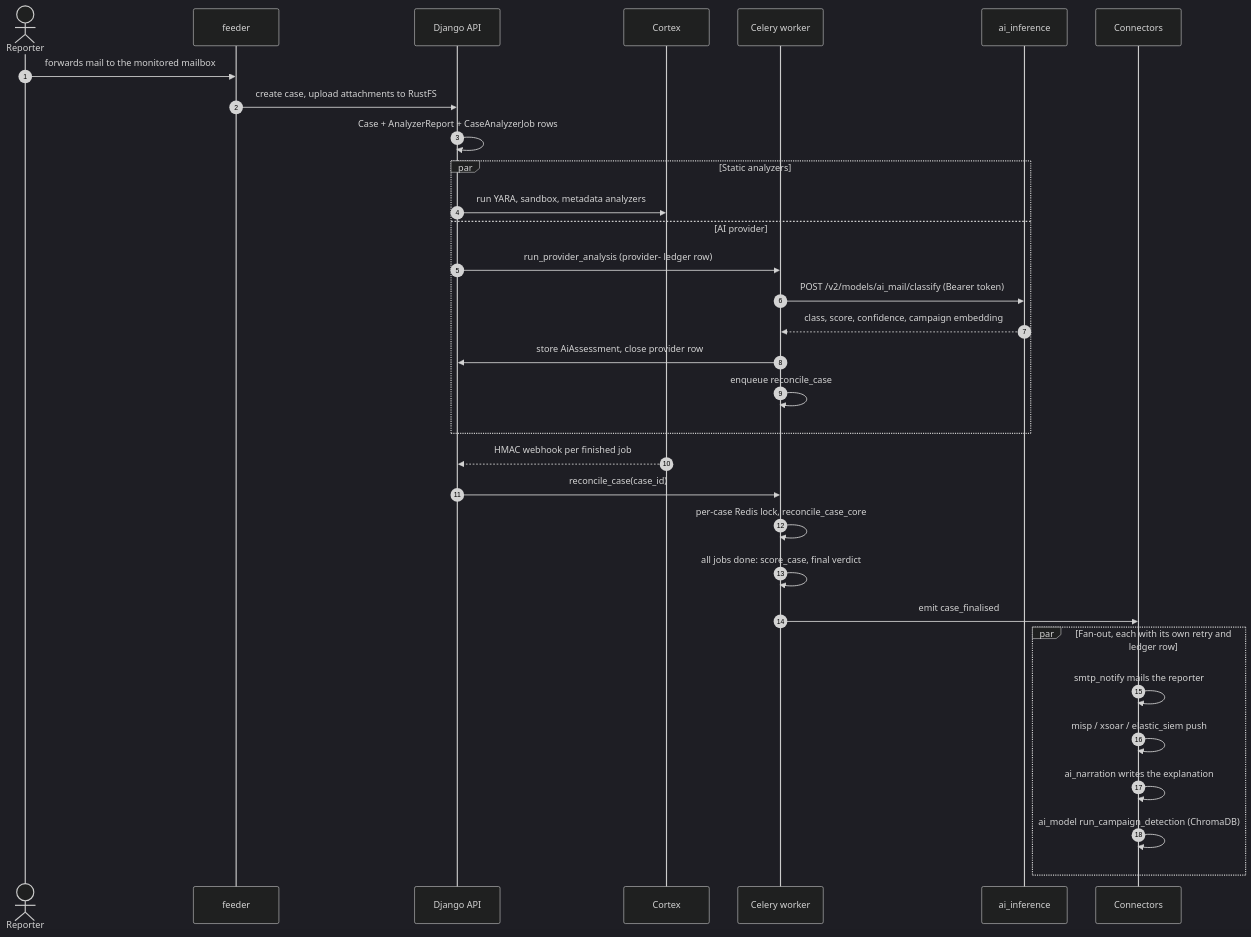
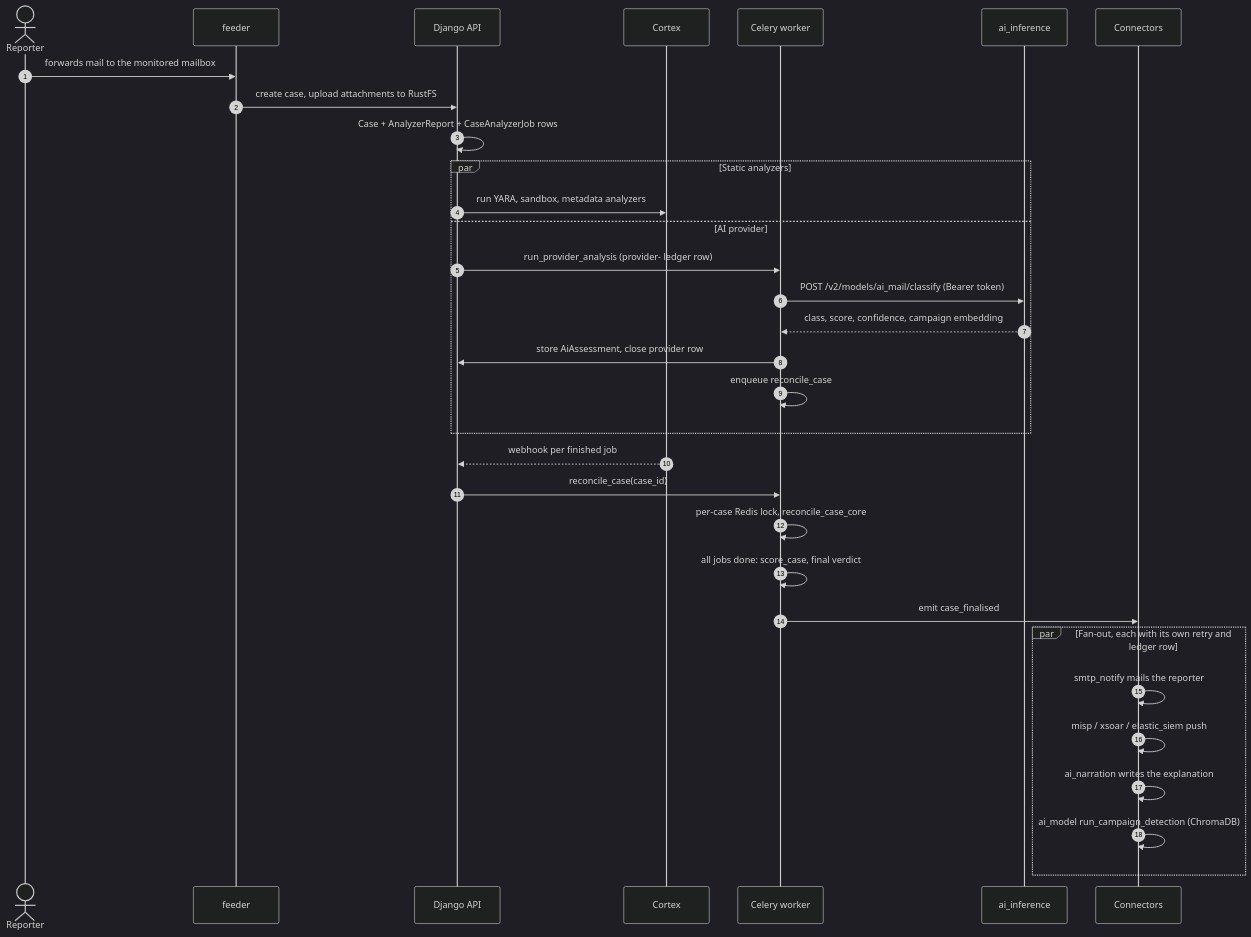
One commit to thalesgroup-cert/suspicious changed the second of 3 diagrams in docs/architecture.md. Above: the diagram before and after it, drawn with Mermaid (dark theme). The commit also changed other lines of this file and 40 other files, not shown here.

````diff
--- a/docs/architecture.md
+++ b/docs/architecture.md
@@ -165,35 +165,35 @@
 ```mermaid
 sequenceDiagram
     autonumber
     actor R as Reporter
     participant F as feeder
     participant D as Django API
     participant C as Cortex
     participant Q as Celery worker
     participant AI as ai_inference
     participant K as Connectors
 
     R->>F: forwards mail to the monitored mailbox
     F->>D: create case, upload attachments to RustFS
     D->>D: Case + AnalyzerReport + CaseAnalyzerJob rows
     par Static analyzers
         D->>C: run YARA, sandbox, metadata analyzers
     and AI provider
         D->>Q: run_provider_analysis (provider- ledger row)
         Q->>AI: POST /v2/models/ai_mail/classify (Bearer token)
         AI-->>Q: class, score, confidence, campaign embedding
         Q->>D: store AiAssessment, close provider row
         Q->>Q: enqueue reconcile_case
     end
-    C-->>D: HMAC webhook per finished job
+    C-->>D: webhook per finished job
     D->>Q: reconcile_case(case_id)
     Q->>Q: per-case Redis lock, reconcile_case_core
     Q->>Q: all jobs done: score_case, final verdict
     Q->>K: emit case_finalised
     par Fan-out, each with its own retry and ledger row
         K->>K: smtp_notify mails the reporter
         K->>K: misp / xsoar / elastic_siem push
         K->>K: ai_narration writes the explanation
         K->>K: ai_model run_campaign_detection (ChromaDB)
     end
 ```
````
